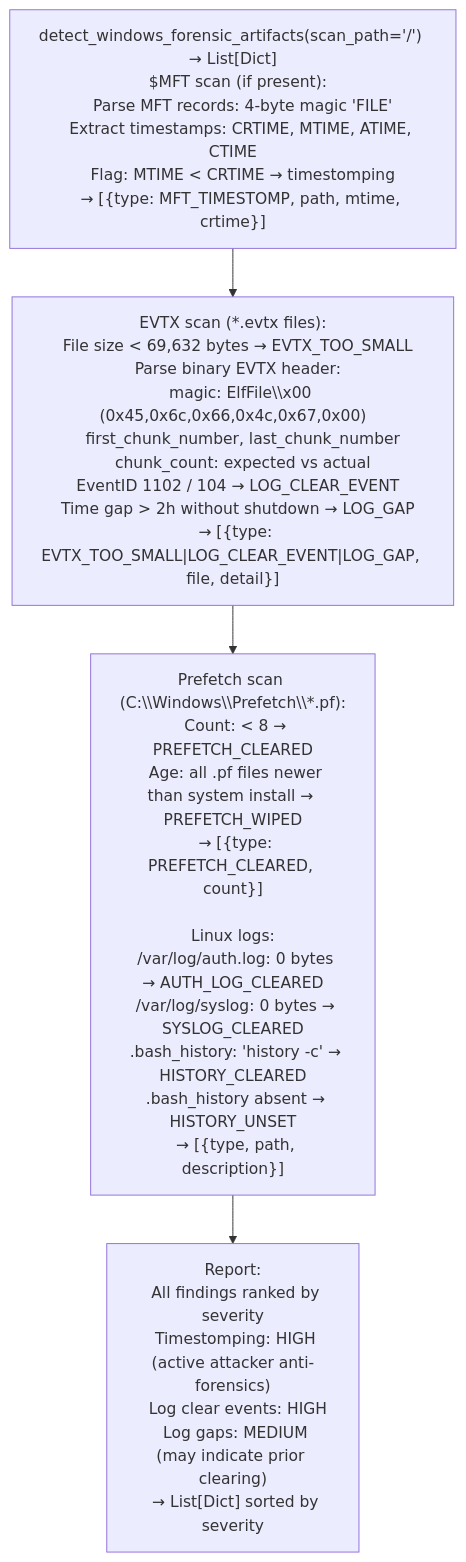
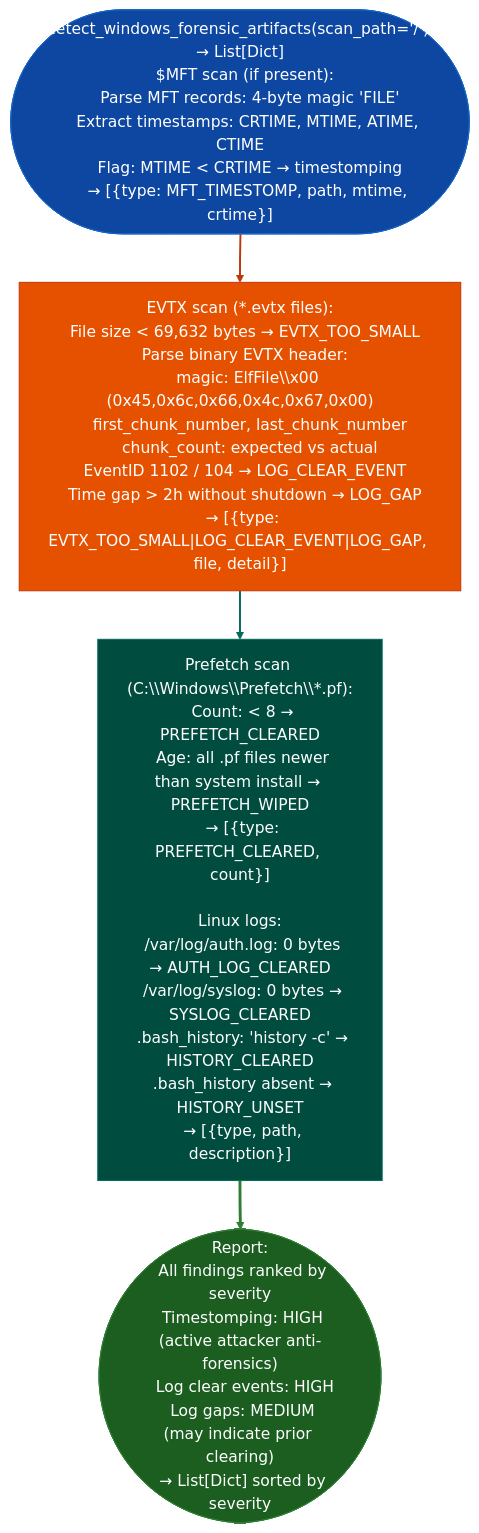
Before and after one commit to Ablation-Tool/ablation: the diagram in docs/reference-modules/timestamp-log-anomaly-checks.md, drawn with Mermaid. The commit also changed 320 other files, not shown here.

First line of the commit message:
docs: apply canonical Mermaid template to all 321 diagrams

````diff
--- a/docs/reference-modules/timestamp-log-anomaly-checks.md
+++ b/docs/reference-modules/timestamp-log-anomaly-checks.md
@@ -19,6 +19,15 @@
 ```mermaid
 flowchart TD
-    A["detect_windows_forensic_artifacts(scan_path='/') → List[Dict]\n  $MFT scan (if present):\n    Parse MFT records: 4-byte magic 'FILE'\n    Extract timestamps: CRTIME, MTIME, ATIME, CTIME\n    Flag: MTIME < CRTIME → timestomping\n    → [{type: MFT_TIMESTOMP, path, mtime, crtime}]"] --> B["EVTX scan (*.evtx files):\n  File size < 69,632 bytes → EVTX_TOO_SMALL\n  Parse binary EVTX header:\n    magic: ElfFile\\x00 (0x45,0x6c,0x66,0x4c,0x67,0x00)\n    first_chunk_number, last_chunk_number\n    chunk_count: expected vs actual\n  EventID 1102 / 104 → LOG_CLEAR_EVENT\n  Time gap > 2h without shutdown → LOG_GAP\n  → [{type: EVTX_TOO_SMALL|LOG_CLEAR_EVENT|LOG_GAP, file, detail}]"]
-    B --> C["Prefetch scan (C:\\Windows\\Prefetch\\*.pf):\n  Count: < 8 → PREFETCH_CLEARED\n  Age: all .pf files newer than system install → PREFETCH_WIPED\n  → [{type: PREFETCH_CLEARED, count}]\n\nLinux logs:\n  /var/log/auth.log: 0 bytes → AUTH_LOG_CLEARED\n  /var/log/syslog: 0 bytes → SYSLOG_CLEARED\n  .bash_history: 'history -c' → HISTORY_CLEARED\n  .bash_history absent → HISTORY_UNSET\n  → [{type, path, description}]"]
-    C --> D["Report:\n  All findings ranked by severity\n  Timestomping: HIGH (active attacker anti-forensics)\n  Log clear events: HIGH\n  Log gaps: MEDIUM (may indicate prior clearing)\n  → List[Dict] sorted by severity"]
+    A(["detect_windows_forensic_artifacts(scan_path='/') → List[Dict]\n  $MFT scan (if present):\n    Parse MFT records: 4-byte magic 'FILE'\n    Extract timestamps: CRTIME, MTIME, ATIME, CTIME\n    Flag: MTIME < CRTIME → timestomping\n    → [{type: MFT_TIMESTOMP, path, mtime, crtime}]"]):::input --> B["EVTX scan (*.evtx files):\n  File size < 69,632 bytes → EVTX_TOO_SMALL\n  Parse binary EVTX header:\n    magic: ElfFile\\x00 (0x45,0x6c,0x66,0x4c,0x67,0x00)\n    first_chunk_number, last_chunk_number\n    chunk_count: expected vs actual\n  EventID 1102 / 104 → LOG_CLEAR_EVENT\n  Time gap > 2h without shutdown → LOG_GAP\n  → [{type: EVTX_TOO_SMALL|LOG_CLEAR_EVENT|LOG_GAP, file, detail}]"]:::primary
+    B:::primary --> C["Prefetch scan (C:\\Windows\\Prefetch\\*.pf):\n  Count: < 8 → PREFETCH_CLEARED\n  Age: all .pf files newer than system install → PREFETCH_WIPED\n  → [{type: PREFETCH_CLEARED, count}]\n\nLinux logs:\n  /var/log/auth.log: 0 bytes → AUTH_LOG_CLEARED\n  /var/log/syslog: 0 bytes → SYSLOG_CLEARED\n  .bash_history: 'history -c' → HISTORY_CLEARED\n  .bash_history absent → HISTORY_UNSET\n  → [{type, path, description}]"]:::secondary
+    C:::secondary --> D(["Report:\n  All findings ranked by severity\n  Timestomping: HIGH (active attacker anti-forensics)\n  Log clear events: HIGH\n  Log gaps: MEDIUM (may indicate prior clearing)\n  → List[Dict] sorted by severity"]):::output
+    classDef input     fill:#0d47a1,stroke:#1565c0,color:#fff
+    classDef primary   fill:#e65100,stroke:#bf360c,color:#fff
+    classDef secondary fill:#004d40,stroke:#00695c,color:#fff
+    classDef tertiary  fill:#4a148c,stroke:#6a1b9a,color:#fff
+    classDef neutral   fill:#37474f,stroke:#546e7a,color:#fff
+    classDef output    fill:#1b5e20,stroke:#2e7d32,color:#fff
+    linkStyle 0 stroke:#bf360c,stroke-width:2px
+    linkStyle 1 stroke:#00695c,stroke-width:2px
+    linkStyle 2 stroke:#2e7d32,stroke-width:3px
 ```
````
